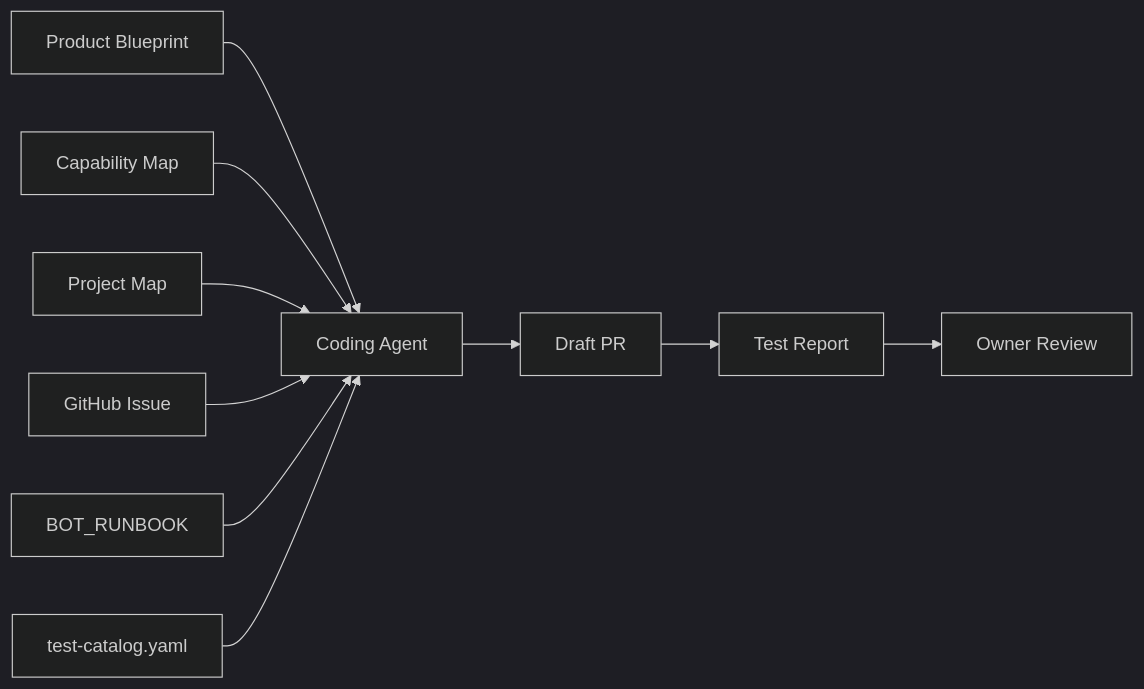
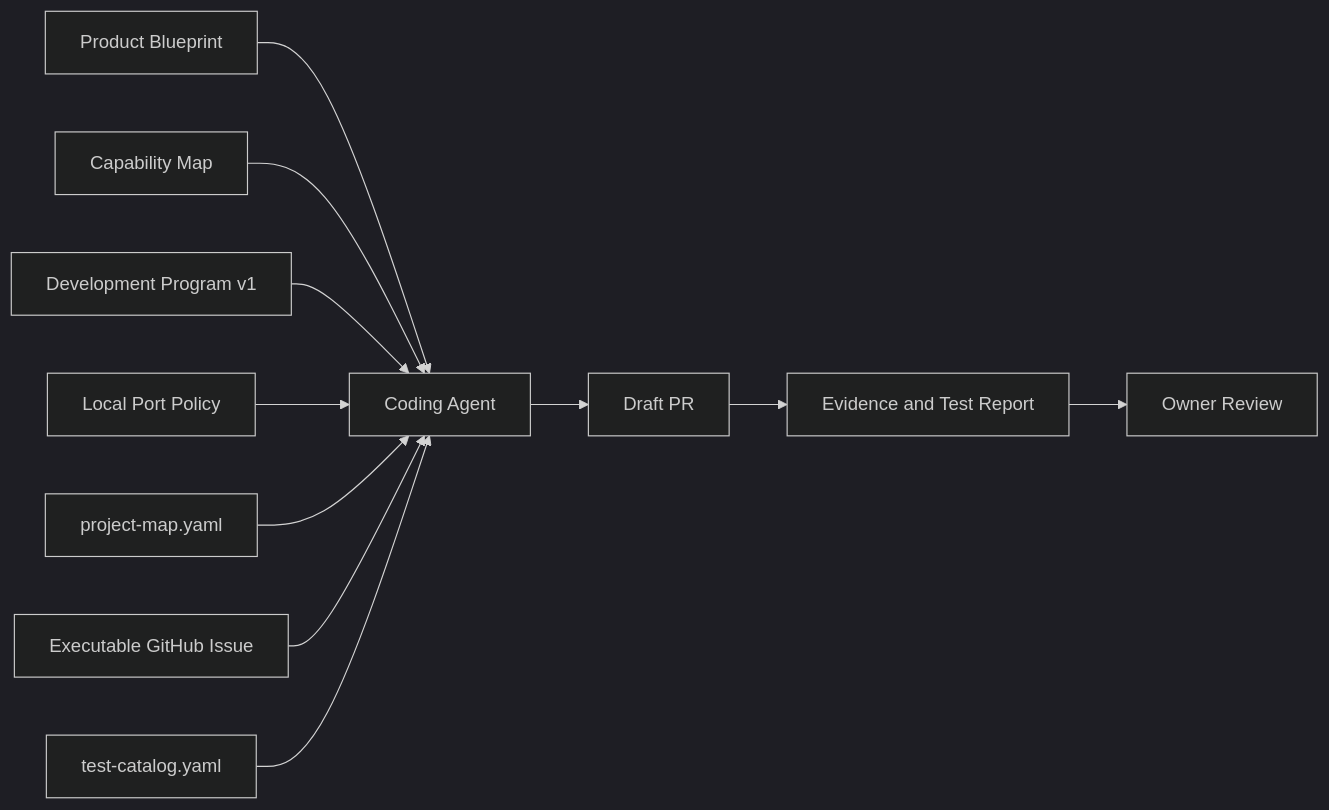
The first of 12 diagrams in docs/project-map/QUALITY_MAP.md (spikeal8-maker/asa-lab), drawn with Mermaid (dark theme) before and after one commit. The commit also changed other lines of this file, not shown here.

Commit message:
docs(quality): map gates to canonical development stages

````diff
--- a/docs/project-map/QUALITY_MAP.md
+++ b/docs/project-map/QUALITY_MAP.md
@@ -7,23 +7,25 @@
 ```mermaid
 flowchart LR
     PRODUCT[Product Blueprint]
     CAP[Capability Map]
-    PROJECT[Project Map]
-    ISSUE[GitHub Issue]
-    RUNBOOK[BOT_RUNBOOK]
+    PROGRAM[Development Program v1]
+    PORTS[Local Port Policy]
+    MAP[project-map.yaml]
+    ISSUE[Executable GitHub Issue]
     CATALOG[test-catalog.yaml]
     AGENT[Coding Agent]
     PR[Draft PR]
-    REPORT[Test Report]
+    REPORT[Evidence and Test Report]
     OWNER[Owner Review]
 
     PRODUCT --> AGENT
     CAP --> AGENT
-    PROJECT --> AGENT
+    PROGRAM --> AGENT
+    PORTS --> AGENT
+    MAP --> AGENT
     ISSUE --> AGENT
-    RUNBOOK --> AGENT
     CATALOG --> AGENT
     AGENT --> PR
     PR --> REPORT
     REPORT --> OWNER
 ```
````
